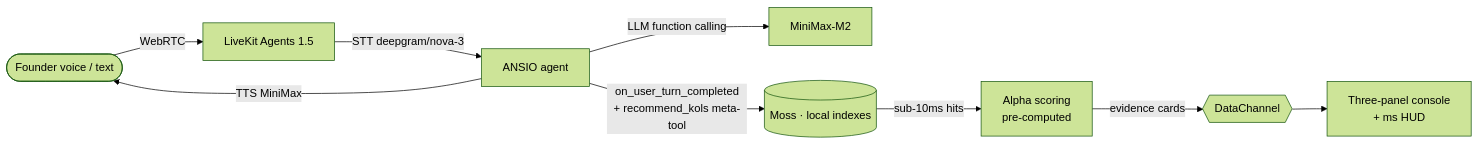
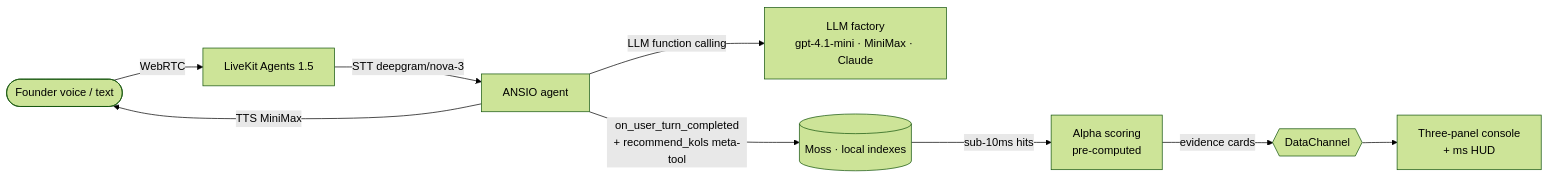
One commit to SkylarWJY/ANSIO-conversational changed the first of 2 diagrams in README.md. Above: the diagram before and after it, drawn with Mermaid (forest theme). The commit also changed other lines of this file and 1 other file, not shown here.

````diff
--- a/README.md
+++ b/README.md
@@ -75,11 +78,11 @@
 ```mermaid
 flowchart LR
     U([Founder voice / text]) -->|WebRTC| LK[LiveKit Agents 1.5]
     LK -->|STT deepgram/nova-3| AG[ANSIO agent]
-    AG -->|LLM function calling| MM[MiniMax-M2]
+    AG -->|LLM function calling| MM[LLM factory<br/>gpt-4.1-mini · MiniMax · Claude]
     AG -->|on_user_turn_completed<br/>+ recommend_kols meta-tool| MOSS[(Moss · local indexes)]
     MOSS -->|sub-10ms hits| SC[Alpha scoring<br/>pre-computed]
     SC -->|evidence cards| DC{{DataChannel}}
     DC --> UI[Three-panel console<br/>+ ms HUD]
     AG -->|TTS MiniMax| U
 ```
````
